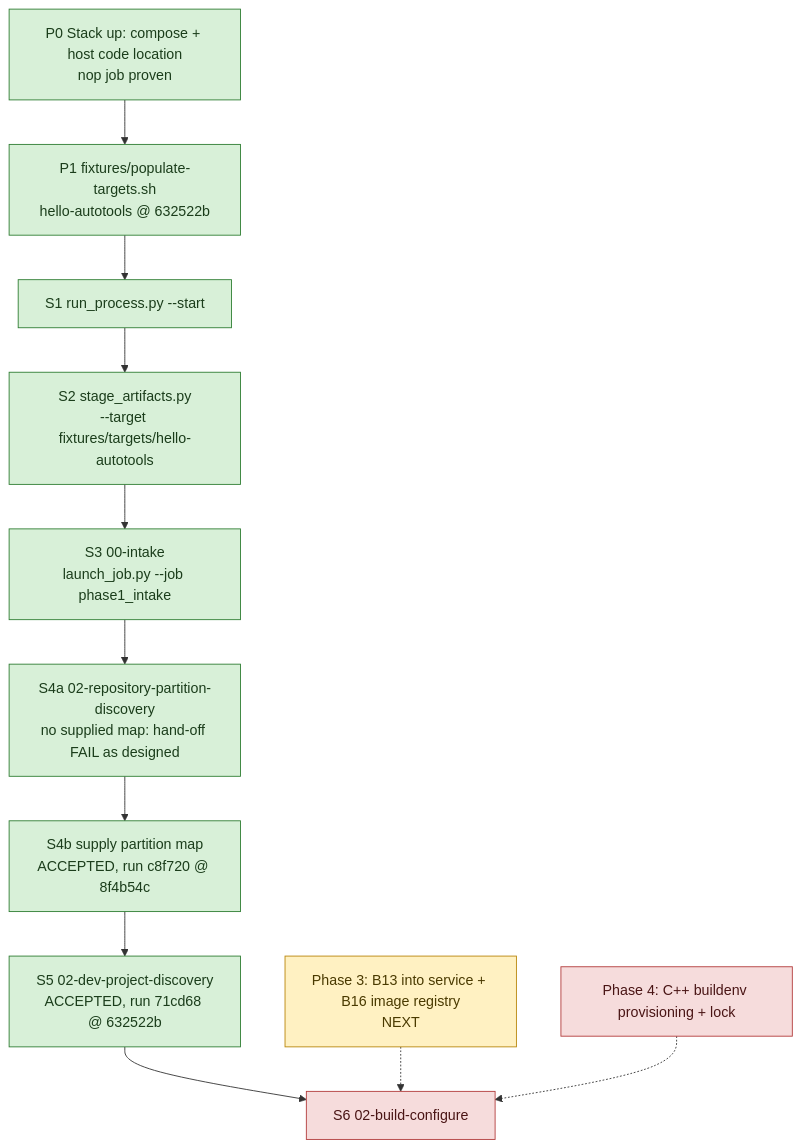
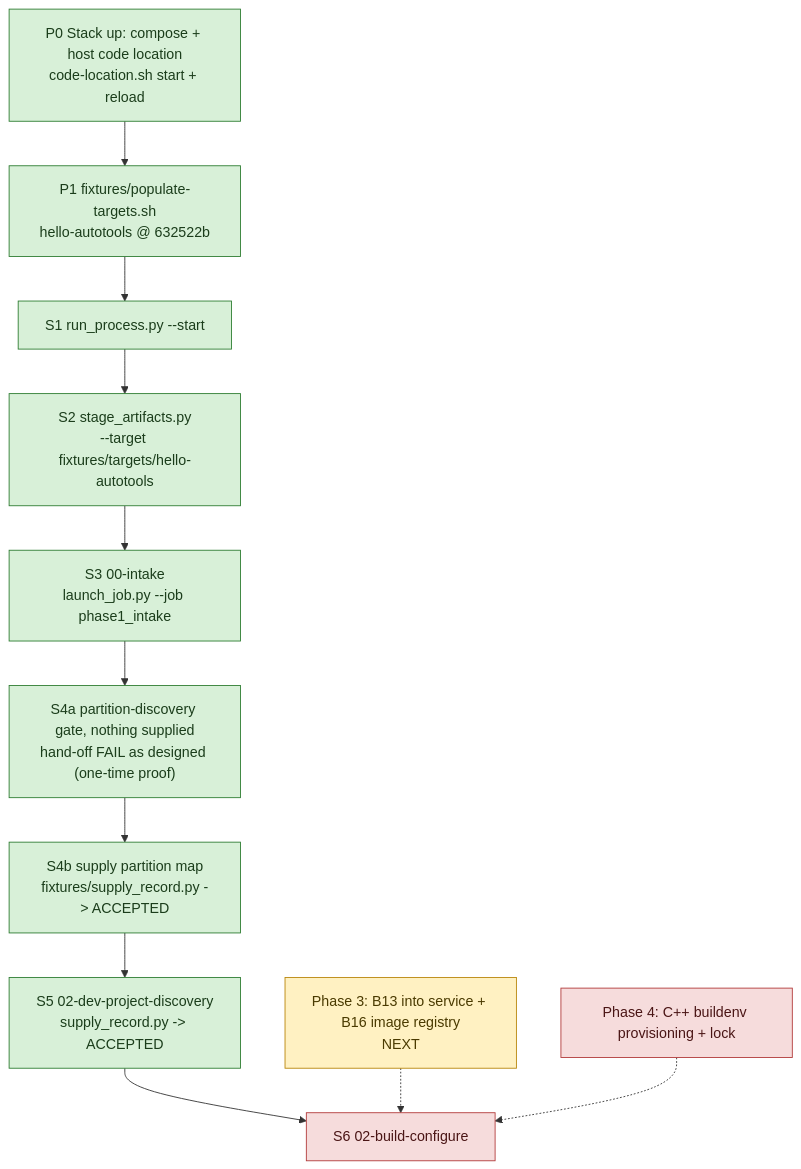
Before and after one commit to wsollers/appsec-review: the diagram in docs/processes/flow-bringup.md, drawn with Mermaid. The commit also changed other lines of this file and 1 other file, not shown here.

First line of the commit message:
docs: consolidate flow tracker on the reference run; correct engagement-start for ADR-0011

````diff
--- a/docs/processes/flow-bringup.md
+++ b/docs/processes/flow-bringup.md
@@ -12,23 +12,23 @@
 ```mermaid
 flowchart TD
-  P0["P0 Stack up: compose + host code location<br/>nop job proven"]:::done
+  P0["P0 Stack up: compose + host code location<br/>code-location.sh start + reload"]:::done
   P1["P1 fixtures/populate-targets.sh<br/>hello-autotools @ 632522b"]:::done
   S1["S1 run_process.py --start"]:::done
   S2["S2 stage_artifacts.py<br/>--target fixtures/targets/hello-autotools"]:::done
   S3["S3 00-intake<br/>launch_job.py --job phase1_intake"]:::done
-  S4a["S4a 02-repository-partition-discovery<br/>no supplied map: hand-off FAIL as designed"]:::done
-  S4b["S4b supply partition map<br/>ACCEPTED, run c8f720 @ 8f4b54c"]:::done
-  S5["S5 02-dev-project-discovery<br/>ACCEPTED, run 71cd68 @ 632522b"]:::done
+  S4a["S4a partition-discovery gate, nothing supplied<br/>hand-off FAIL as designed (one-time proof)"]:::done
+  S4b["S4b supply partition map<br/>fixtures/supply_record.py -> ACCEPTED"]:::done
+  S5["S5 02-dev-project-discovery<br/>supply_record.py -> ACCEPTED"]:::done
   S6["S6 02-build-configure"]:::blocked
   B13["Phase 3: B13 into service + B16 image registry<br/>NEXT"]:::next
   BE["Phase 4: C++ buildenv provisioning + lock"]:::blocked
 
   P0 --> P1 --> S1 --> S2 --> S3 --> S4a --> S4b --> S5 --> S6
   B13 -.-> S6
   BE -.-> S6
 
   classDef done fill:#d8f0d8,stroke:#2e7d32,color:#1b3d1b
   classDef next fill:#fff1c2,stroke:#b8860b,color:#4a3a00
   classDef todo fill:#eef1f5,stroke:#6b7a90,color:#2a3240
   classDef blocked fill:#f6dcdc,stroke:#b23b3b,color:#4a1515
 ```
````
